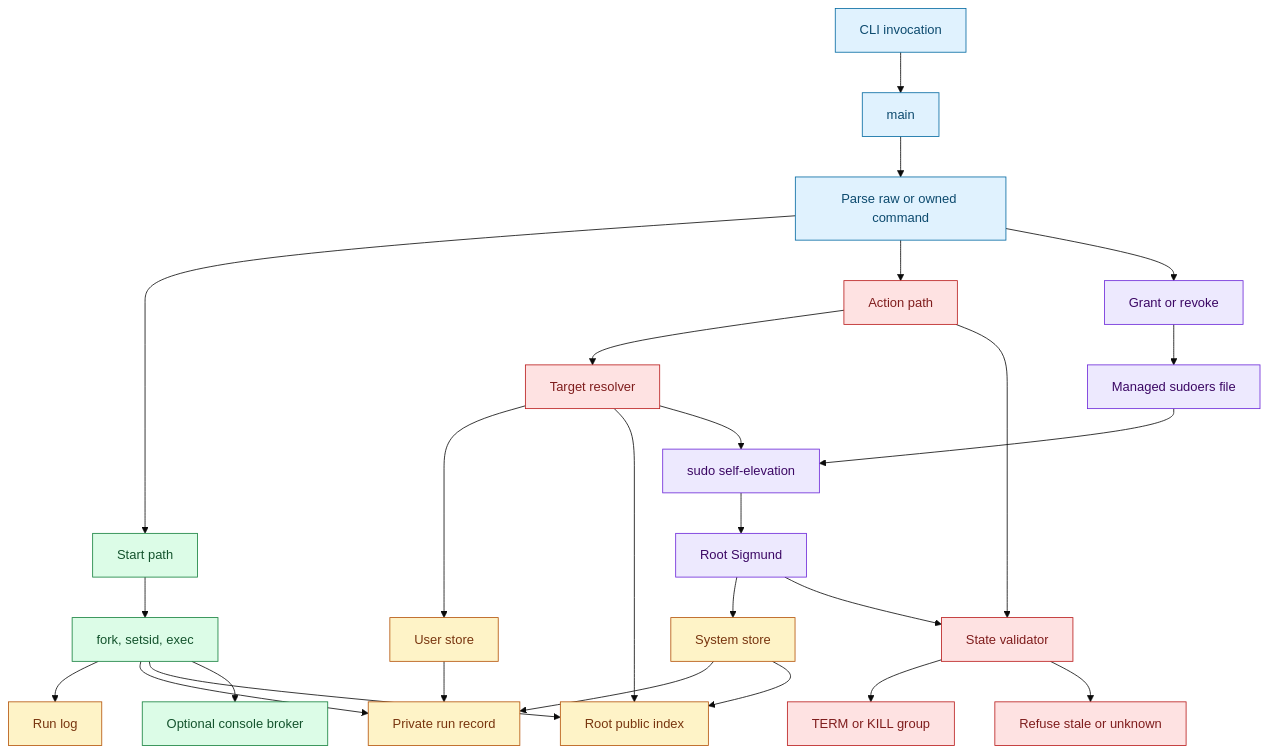
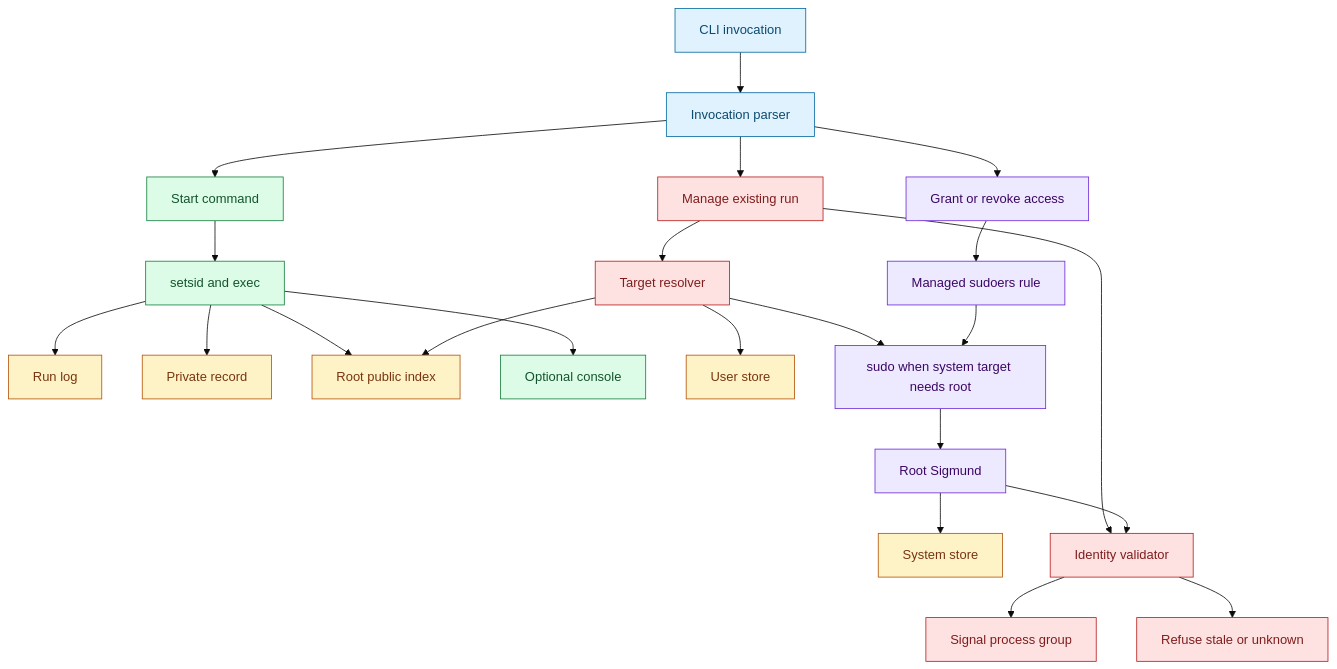
One commit to RchGrav/onhold changed the second of 3 diagrams in docs/index.md. Above: the diagram before and after it, drawn with Mermaid (base theme). The commit also changed other lines of this file and 13 other files, not shown here.

````diff
--- a/docs/index.md
+++ b/docs/index.md
@@ -16,45 +60,40 @@
 ```mermaid
 flowchart TD
-    User["CLI invocation"] --> Main["main"]
-    Main --> Parse["Parse raw or owned command"]
-    Parse --> Start["Start path"]
-    Parse --> Action["Action path"]
-    Parse --> Access["Grant or revoke"]
+    User["CLI invocation"] --> Parse["Invocation parser"]
+    Parse --> Start["Start command"]
+    Parse --> Manage["Manage existing run"]
+    Parse --> Access["Grant or revoke access"]
 
-    Start --> Launcher["fork, setsid, exec"]
+    Start --> Launcher["setsid and exec"]
     Launcher --> Log["Run log"]
-    Launcher --> Record["Private run record"]
+    Launcher --> Record["Private record"]
     Launcher --> Public["Root public index"]
-    Launcher --> Console["Optional console broker"]
+    Launcher --> Console["Optional console"]
 
-    Action --> Resolver["Target resolver"]
+    Manage --> Resolver["Target resolver"]
     Resolver --> UserStore["User store"]
     Resolver --> Public
-    Resolver --> Sudo["sudo self-elevation"]
+    Resolver --> Sudo["sudo when system target needs root"]
     Sudo --> RootAction["Root Sigmund"]
     RootAction --> RootStore["System store"]
 
-    Action --> Validator["State validator"]
+    Manage --> Validator["Identity validator"]
     RootAction --> Validator
-    Validator --> Signal["TERM or KILL group"]
+    Validator --> Signal["Signal process group"]
     Validator --> Refuse["Refuse stale or unknown"]
 
-    Access --> Sudoers["Managed sudoers file"]
+    Access --> Sudoers["Managed sudoers rule"]
     Sudoers --> Sudo
-
-    UserStore --> Record
-    RootStore --> Record
-    RootStore --> Public
 
     classDef entry fill:#e0f2fe,stroke:#0369a1,color:#0c4a6e
     classDef launch fill:#dcfce7,stroke:#15803d,color:#14532d
     classDef store fill:#fef3c7,stroke:#b45309,color:#78350f
     classDef safety fill:#fee2e2,stroke:#b91c1c,color:#7f1d1d
     classDef privilege fill:#ede9fe,stroke:#6d28d9,color:#3b0764
 
-    class User,Main,Parse entry
+    class User,Parse entry
     class Start,Launcher,Console launch
     class Log,Record,Public,UserStore,RootStore store
-    class Action,Resolver,Validator,Signal,Refuse safety
+    class Manage,Resolver,Validator,Signal,Refuse safety
     class Access,Sudo,Sudoers,RootAction privilege
 ```
````
